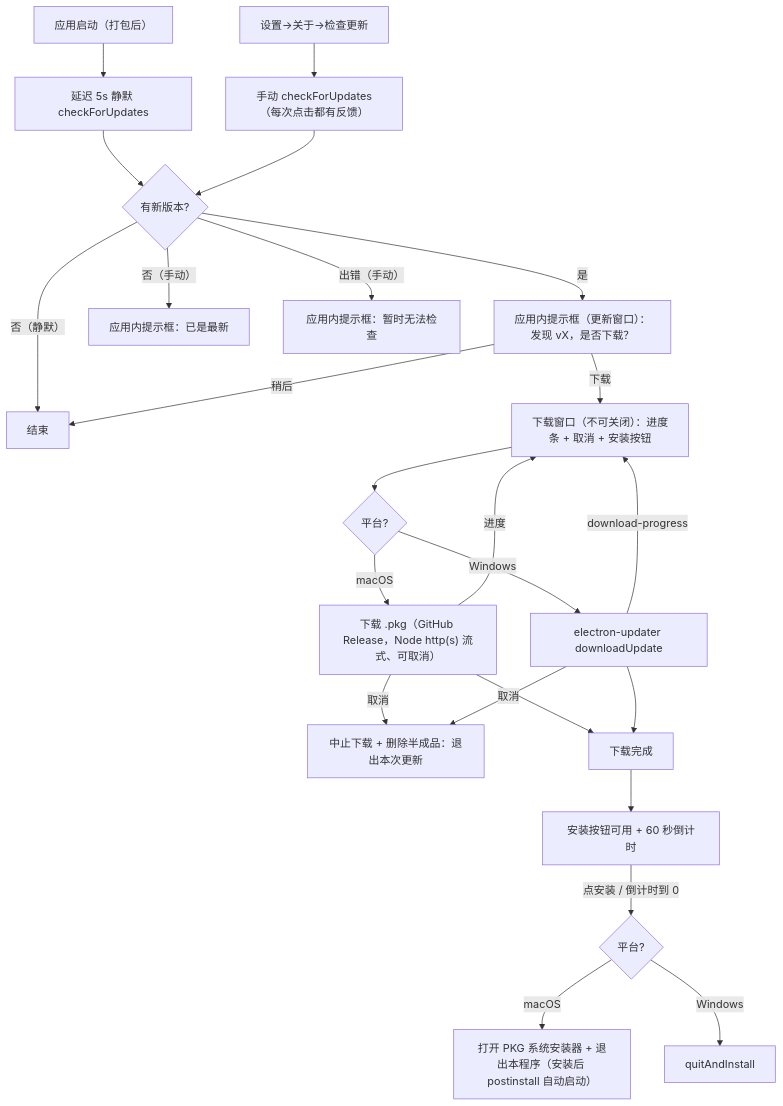
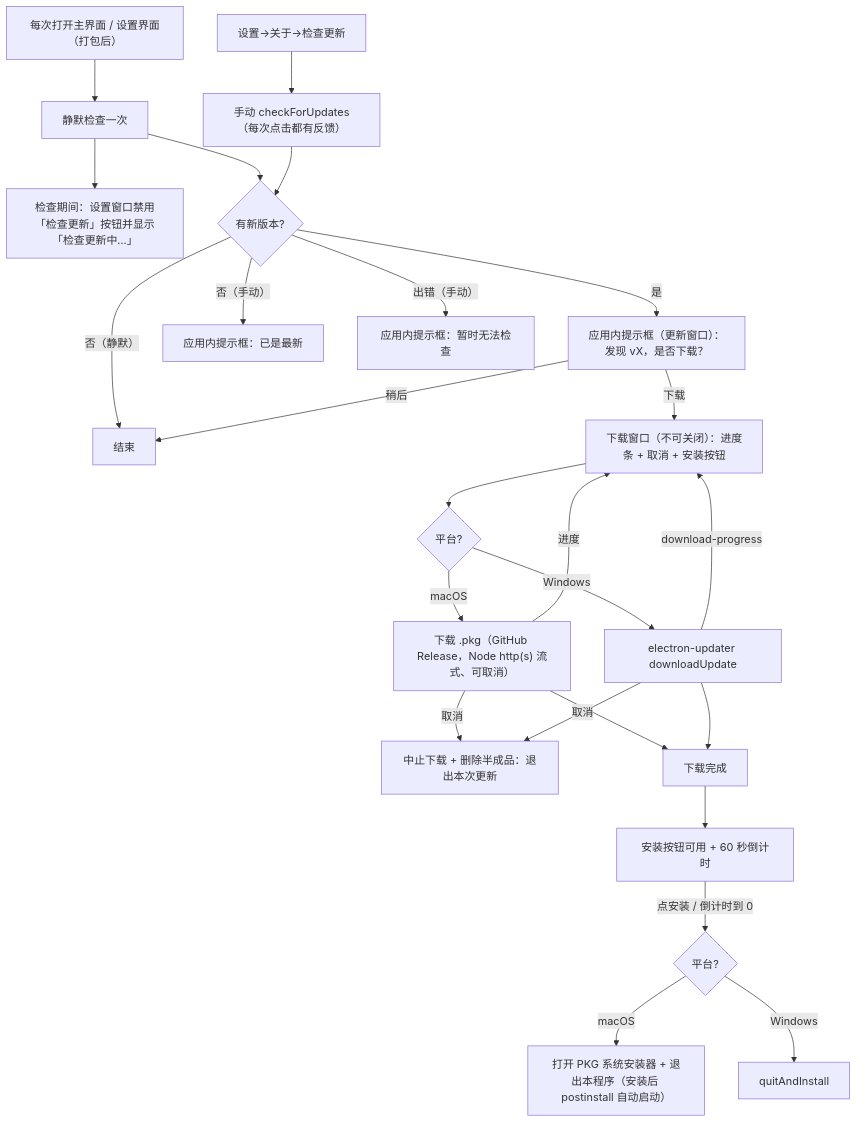
Before and after one commit to o8x/vessel: the sixth of 6 diagrams in docs/prd/06-flowcharts.md, drawn with Mermaid. The commit also changed 9 other files, not shown here.

````diff
--- a/docs/prd/06-flowcharts.md
+++ b/docs/prd/06-flowcharts.md
@@ -99,26 +99,27 @@
 ```mermaid
 flowchart TD
-  A[应用启动（打包后）] --> B[延迟 5s 静默 checkForUpdates]
+  A["每次打开主界面 / 设置界面（打包后）"] --> B["静默检查一次"]
+  B --> B2["检查期间：设置窗口禁用「检查更新」按钮并显示「检查更新中…」"]
   J[设置→关于→检查更新] --> K["手动 checkForUpdates（每次点击都有反馈）"]
   B --> C{有新版本?}
   K --> C
   C -- 是 --> D["应用内提示框（更新窗口）：发现 vX，是否下载？"]
   C -- 否（手动） --> N[应用内提示框：已是最新]
   C -- 否（静默） --> Z[结束]
   C -- 出错（手动） --> E[应用内提示框：暂时无法检查]
   D -- 稍后 --> Z
   D -- 下载 --> W["下载窗口（不可关闭）：进度条 + 取消 + 安装按钮"]
   W --> F{平台?}
   F -- "macOS" --> F1["下载 .pkg（GitHub Release，Node http(s) 流式、可取消）"]
   F -- "Windows" --> F2["electron-updater downloadUpdate"]
   F1 -- 进度 --> W
   F2 -- download-progress --> W
   F1 -- 取消 --> X[中止下载 + 删除半成品：退出本次更新]
   F2 -- 取消 --> X
   F1 --> G[下载完成]
   F2 --> G
   G --> H["安装按钮可用 + 60 秒倒计时"]
   H -- "点安装 / 倒计时到 0" --> I{平台?}
   I -- "macOS" --> I1["打开 PKG 系统安装器 + 退出本程序（安装后 postinstall 自动启动）"]
   I -- "Windows" --> I2[quitAndInstall]
 ```
````
